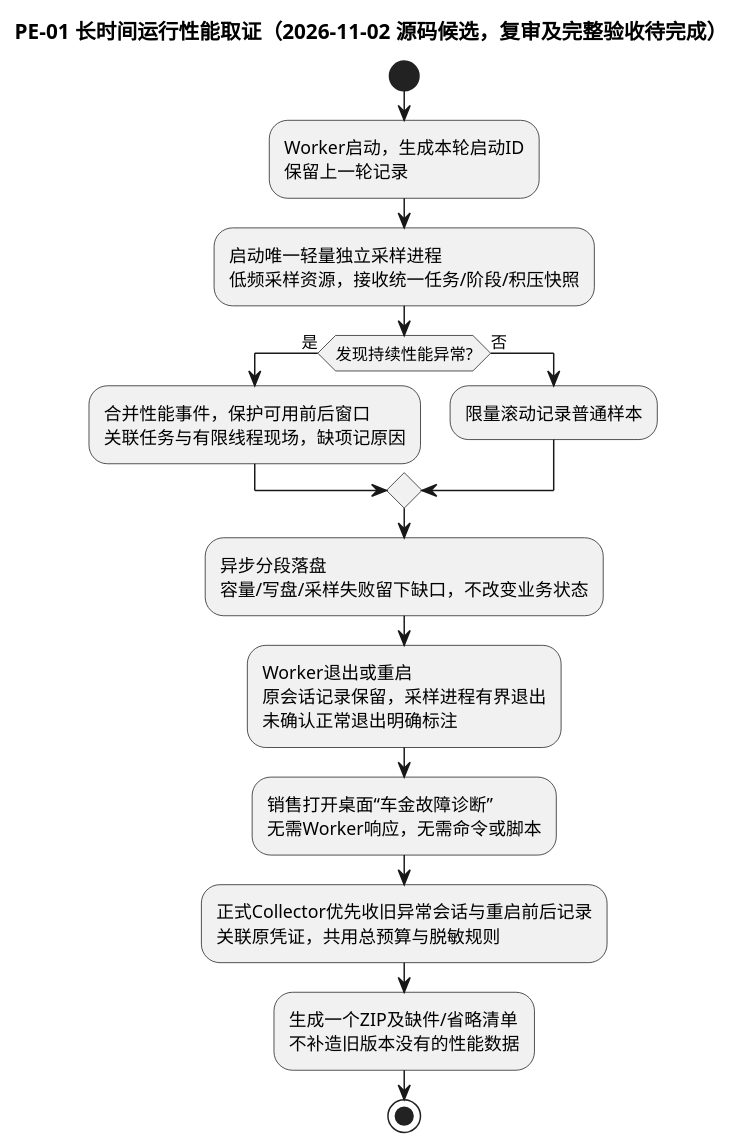
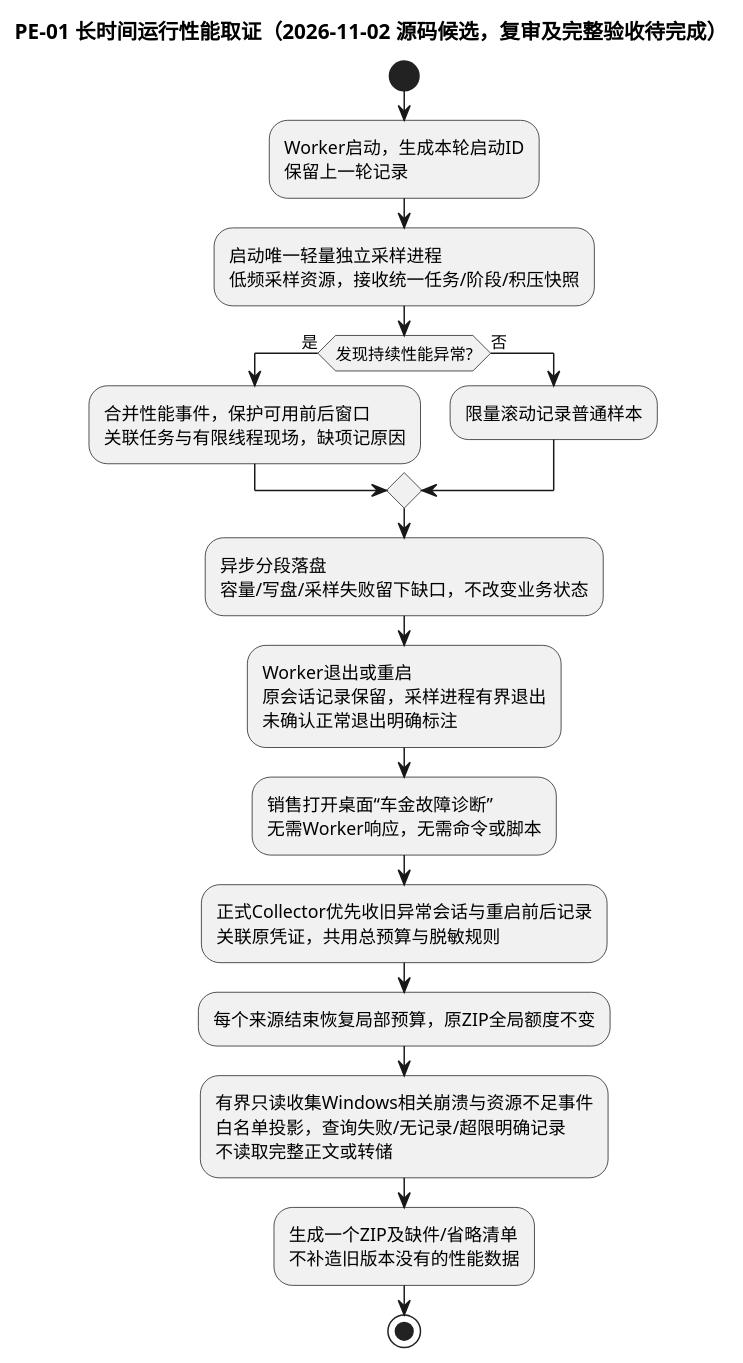
The seventh of 7 diagrams in deliverables/AI智能客服售前跟进系统_全流程图_v0.10.28.puml (edwardzhang0304/chejin-ai-sales), drawn with PlantUML before and after one commit. The commit also changed other lines of this file and 7 other files, not shown here.

```diff
--- a/deliverables/AI智能客服售前跟进系统_全流程图_v0.10.28.puml
+++ b/deliverables/AI智能客服售前跟进系统_全流程图_v0.10.28.puml
@@ -592,28 +593,32 @@
 @startuml performance_evidence_pe01
 !pragma layout smetana
 skinparam defaultFontName "PingFang SC"
 title PE-01 长时间运行性能取证（2026-11-02 源码候选，复审及完整验收待完成）
 start
 :Worker启动，生成本轮启动ID
 保留上一轮记录;
 :启动唯一轻量独立采样进程
 低频采样资源，接收统一任务/阶段/积压快照;
 if (发现持续性能异常?) then (是)
   :合并性能事件，保护可用前后窗口
 关联任务与有限线程现场，缺项记原因;
 else (否)
   :限量滚动记录普通样本;
 endif
 :异步分段落盘
 容量/写盘/采样失败留下缺口，不改变业务状态;
 :Worker退出或重启
 原会话记录保留，采样进程有界退出
 未确认正常退出明确标注;
 :销售打开桌面“车金故障诊断”
 无需Worker响应，无需命令或脚本;
 :正式Collector优先收旧异常会话与重启前后记录
 关联原凭证，共用总预算与脱敏规则;
+:每个来源结束恢复局部预算，原ZIP全局额度不变;
+:有界只读收集Windows相关崩溃与资源不足事件
+白名单投影，查询失败/无记录/超限明确记录
+不读取完整正文或转储;
 :生成一个ZIP及缺件/省略清单
 不补造旧版本没有的性能数据;
 stop
 @enduml
```
